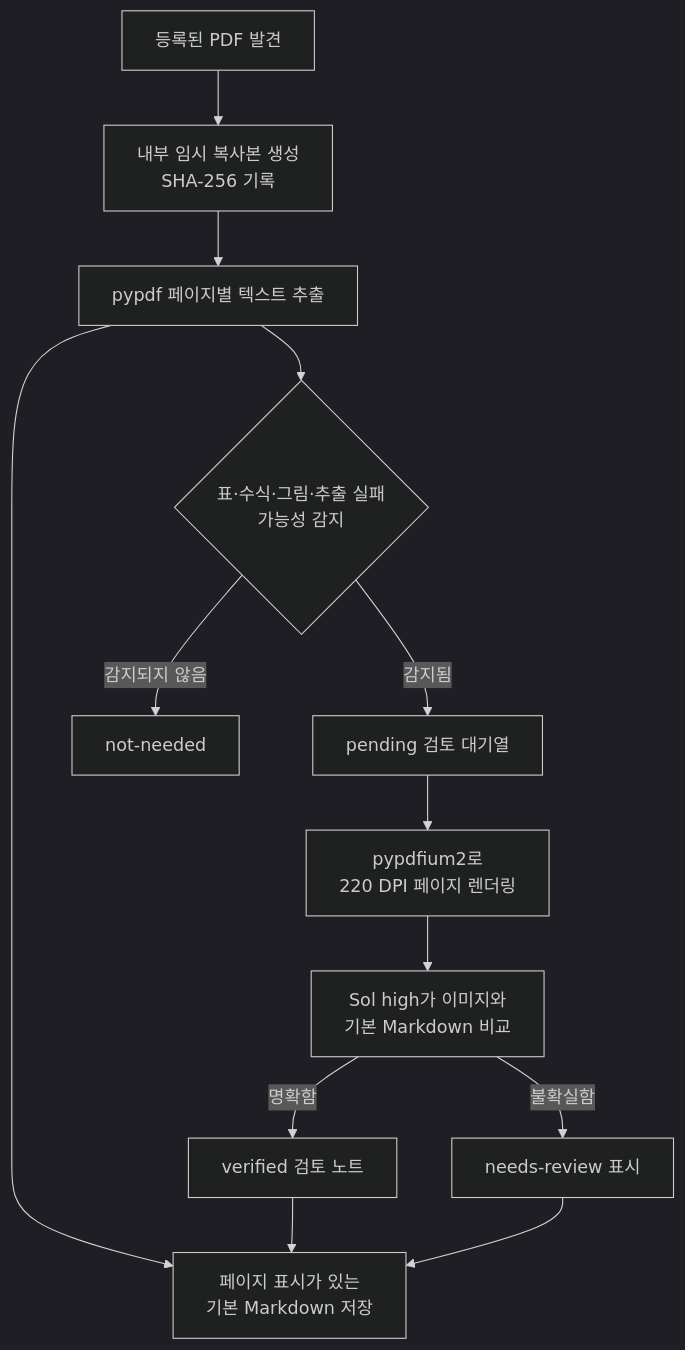
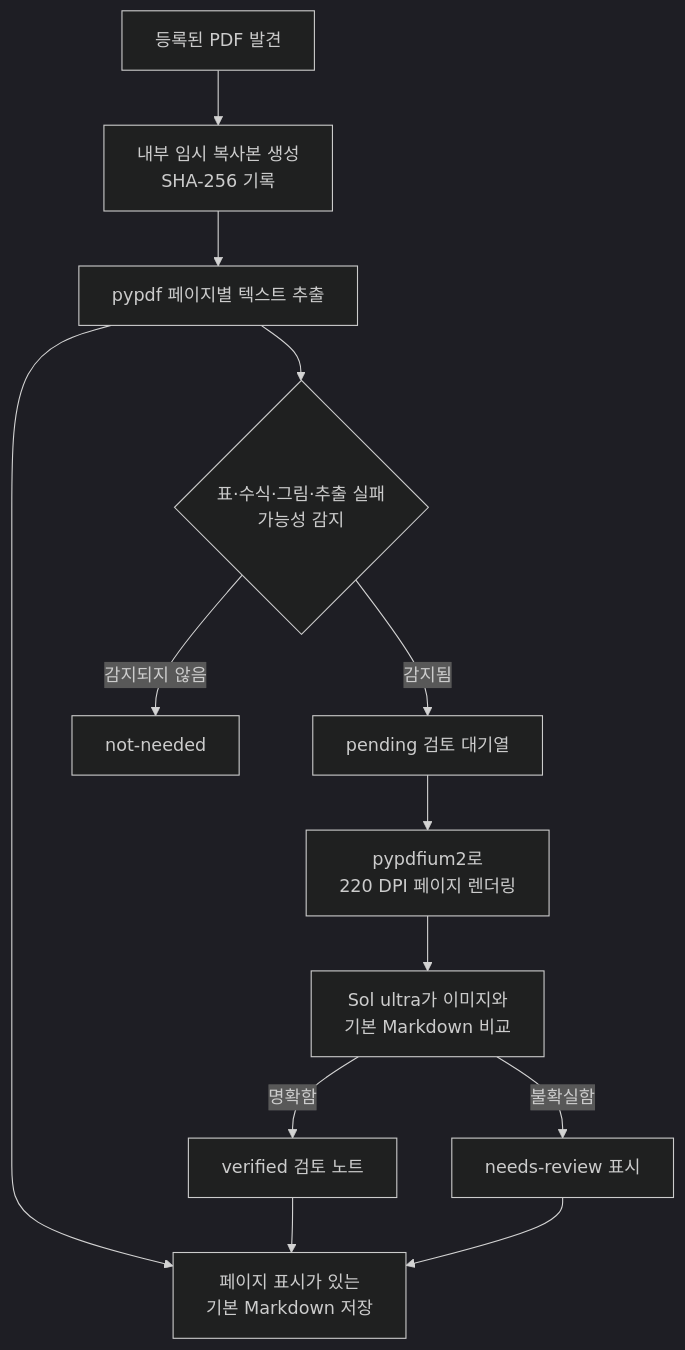
One commit to LWH4Data/research-agent changed the second of 9 diagrams in docs/technical/README.md. Above: the diagram before and after it, drawn with Mermaid (dark theme). The commit also changed other lines of this file and 39 other files, not shown here.

````diff
--- a/docs/technical/README.md
+++ b/docs/technical/README.md
@@ -152,15 +185,15 @@
 ```mermaid
 flowchart TD
     P[등록된 PDF 발견] --> C[내부 임시 복사본 생성<br/>SHA-256 기록]
     C --> T[pypdf 페이지별 텍스트 추출]
     T --> M[페이지 표시가 있는<br/>기본 Markdown 저장]
     T --> H{표·수식·그림·추출 실패<br/>가능성 감지}
     H -->|감지되지 않음| N[not-needed]
     H -->|감지됨| Q[pending 검토 대기열]
     Q --> R[pypdfium2로<br/>220 DPI 페이지 렌더링]
-    R --> V[Sol high가 이미지와<br/>기본 Markdown 비교]
+    R --> V[Sol ultra가 이미지와<br/>기본 Markdown 비교]
     V -->|명확함| OK[verified 검토 노트]
     V -->|불확실함| NR[needs-review 표시]
     OK --> M
     NR --> M
 ```
````
